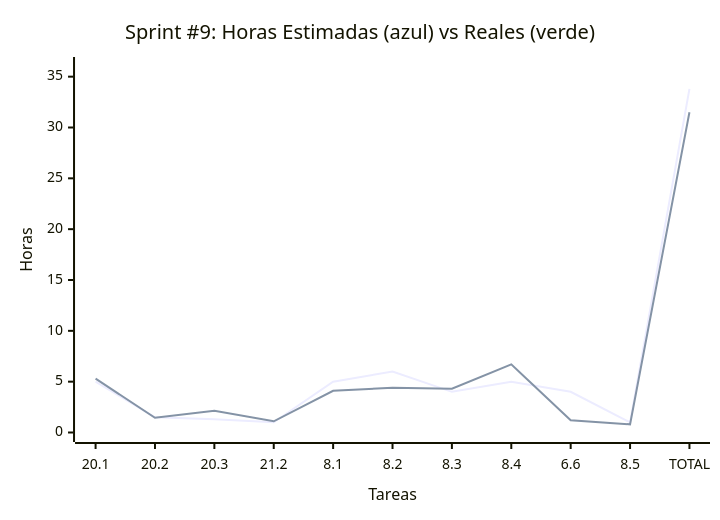
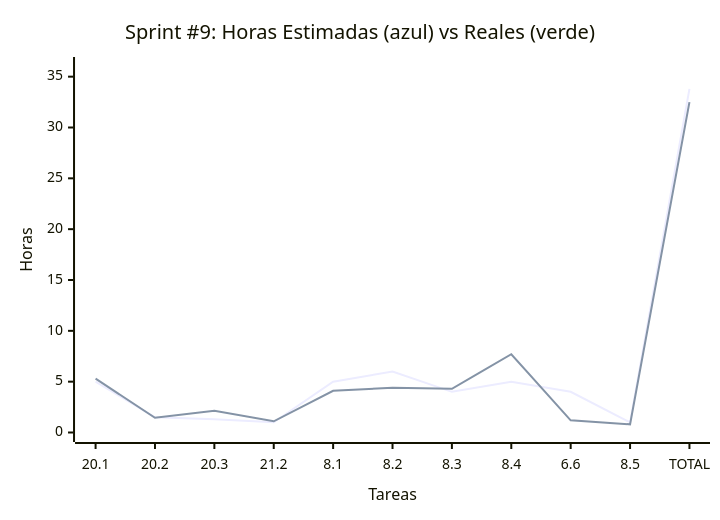
The ninth of 9 diagrams in docs/SprintsPlanning.md (MarkMed/FleetMan), drawn with Mermaid before and after one commit. The commit also changed other lines of this file, not shown here.

````diff
--- a/docs/SprintsPlanning.md
+++ b/docs/SprintsPlanning.md
@@ -437,12 +437,12 @@
 ```mermaid
 xychart-beta
     title "Sprint #9: Horas Estimadas (azul) vs Reales (verde)"
     x-axis "Tareas" ["20.1", "20.2", "20.3", "21.2", "8.1", "8.2", "8.3", "8.4", "6.6", "8.5", "TOTAL"]
     y-axis "Horas" 0 --> 36
 
     %% Green line (estimadas)
     line [5, 1.5, 1.3, 1, 5, 6, 4, 5, 4, 1, 33.8]
 
     %% Black line (reales)
-    line [5.3, 1.45, 2.15, 1.1, 4.1, 4.4, 4.3, 6.7, 1.2, 0.8, 31.5]
+    line [5.3, 1.45, 2.15, 1.1, 4.1, 4.4, 4.3, 7.7, 1.2, 0.8, 32.5]
 ```
````
